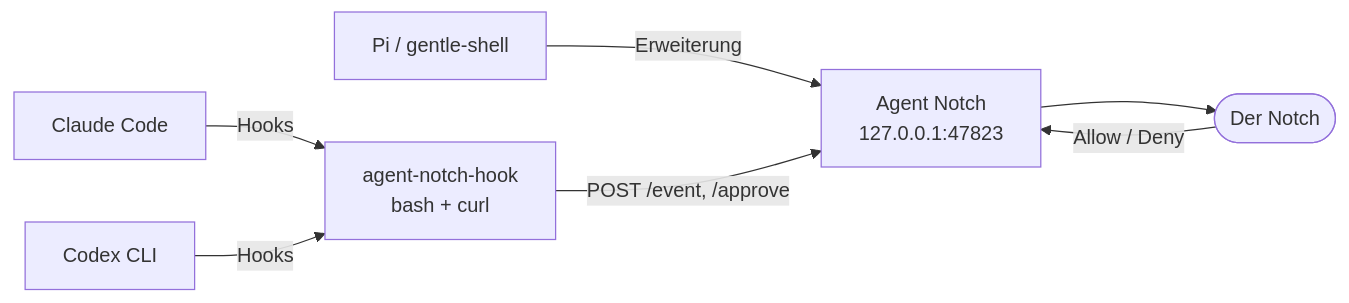
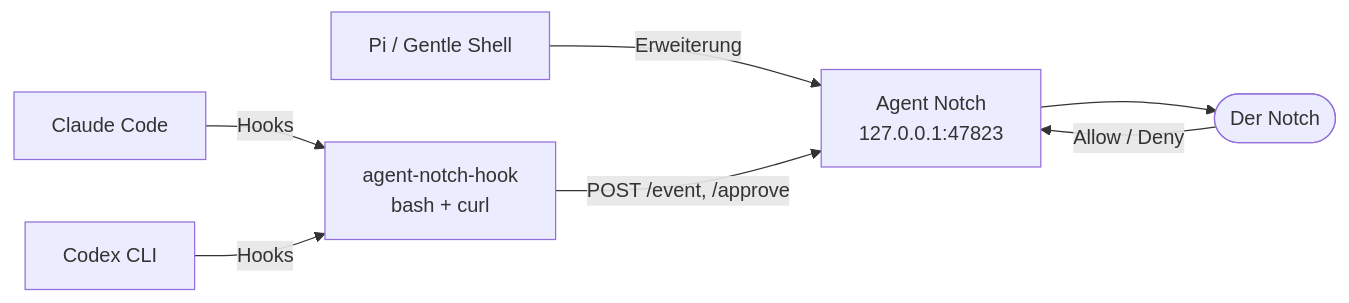
One commit to enderdev01/agent-notch changed the diagram in README.de.md. Above: the diagram before and after it, drawn with Mermaid. The commit also changed other lines of this file and 9 other files, not shown here.

Commit message:
feat: rename the Pi agent to Gentle Shell in the UI and docs

````diff
--- a/README.de.md
+++ b/README.de.md
@@ -106,9 +106,9 @@
 ```mermaid
 flowchart LR
     C["Claude Code"] -- Hooks --> B["agent-notch-hook<br/>bash + curl"]
     X["Codex CLI"] -- Hooks --> B
-    P["Pi / gentle-shell"] -- Erweiterung --> S
+    P["Pi / Gentle Shell"] -- Erweiterung --> S
     B -- "POST /event, /approve" --> S["Agent Notch<br/>127.0.0.1:47823"]
     S --> N(["Der Notch"])
     N -- "Allow / Deny" --> S
 ```
````
